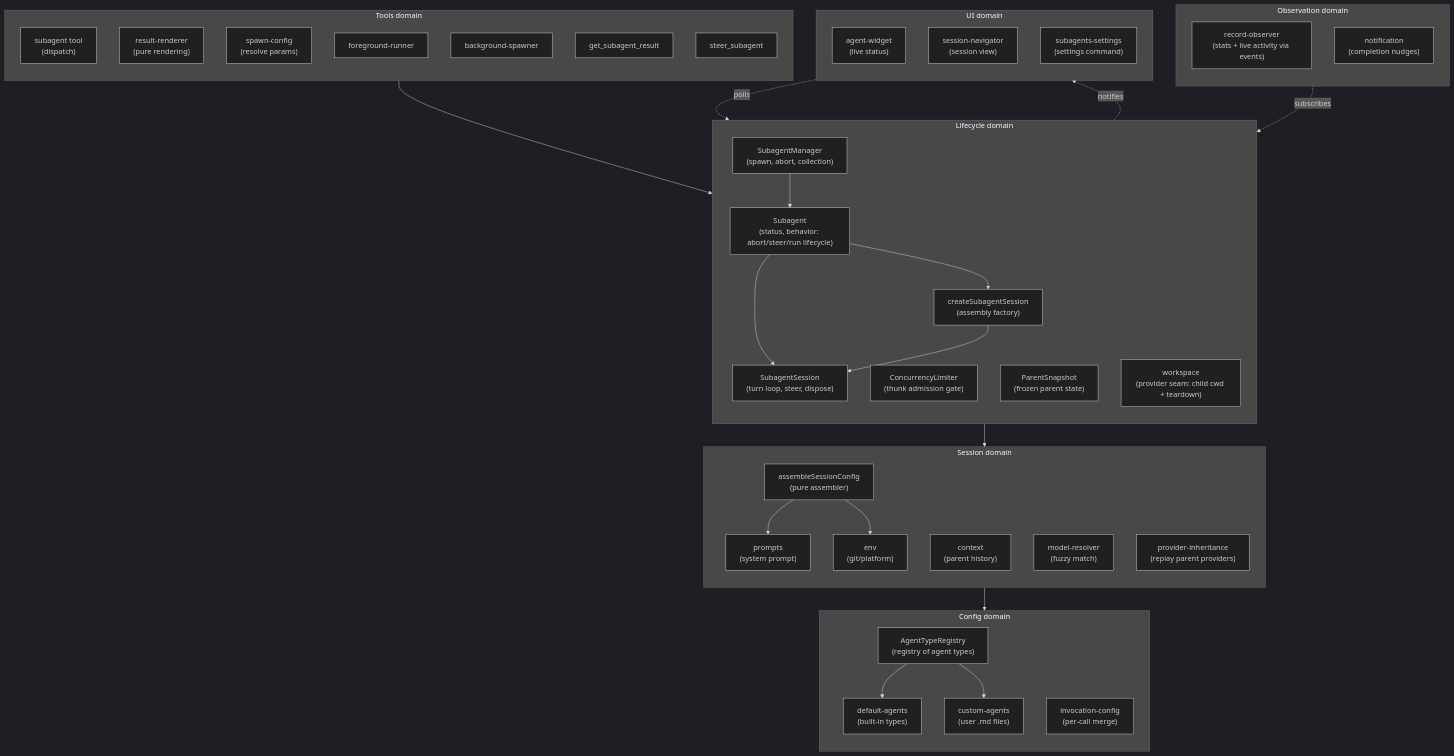
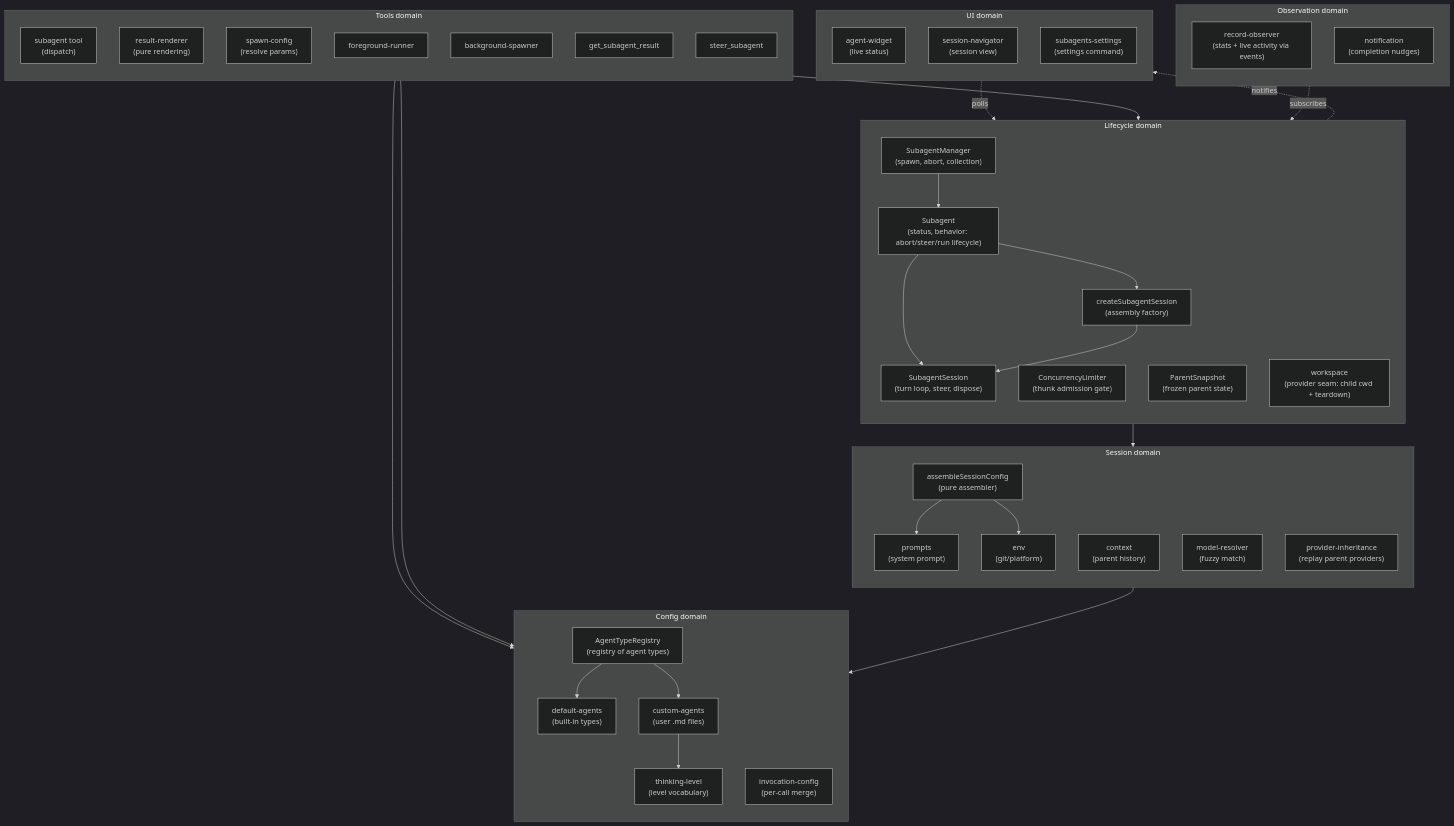
Before and after one commit to gotgenes/pi-packages: the first of 6 diagrams in packages/pi-subagents/docs/architecture/architecture.md, drawn with Mermaid (dark theme). The commit also changed other lines of this file and 3 other files, not shown here.

````diff
--- a/packages/pi-subagents/docs/architecture/architecture.md
+++ b/packages/pi-subagents/docs/architecture/architecture.md
@@ -67,67 +67,70 @@
 ```mermaid
 flowchart TB
     subgraph config["Config domain"]
         direction TB
         AgentTypeRegistry["AgentTypeRegistry<br/>(registry of agent types)"]
         DefaultAgents["default-agents<br/>(built-in types)"]
         CustomAgents["custom-agents<br/>(user .md files)"]
         InvocationConfig["invocation-config<br/>(per-call merge)"]
+        ThinkingLevelModule["thinking-level<br/>(level vocabulary)"]
     end
 
     subgraph session["Session domain"]
         direction TB
         SessionConfig["assembleSessionConfig<br/>(pure assembler)"]
         Prompts["prompts<br/>(system prompt)"]
         Context["context<br/>(parent history)"]
         Env["env<br/>(git/platform)"]
         ModelResolver["model-resolver<br/>(fuzzy match)"]
         ProviderInheritance["provider-inheritance<br/>(replay parent providers)"]
     end
 
     subgraph lifecycle["Lifecycle domain"]
         direction TB
         SubagentManager["SubagentManager<br/>(spawn, abort, collection)"]
         ConcurrencyLimiter["ConcurrencyLimiter<br/>(thunk admission gate)"]
         CreateSubagentSession["createSubagentSession<br/>(assembly factory)"]
         SubagentSession["SubagentSession<br/>(turn loop, steer, dispose)"]
         Subagent["Subagent<br/>(status, behavior: abort/steer/run lifecycle)"]
         ParentSnapshot["ParentSnapshot<br/>(frozen parent state)"]
         Workspace["workspace<br/>(provider seam: child cwd + teardown)"]
     end
 
     subgraph observation["Observation domain"]
         direction TB
         RecordObserver["record-observer<br/>(stats + live activity via events)"]
         Notification["notification<br/>(completion nudges)"]
     end
 
     subgraph tools["Tools domain"]
         direction TB
         AgentTool["subagent tool<br/>(dispatch)"]
         ResultRenderer["result-renderer<br/>(pure rendering)"]
         SpawnConfig["spawn-config<br/>(resolve params)"]
         FgRunner["foreground-runner"]
         BgSpawner["background-spawner"]
         GetResult["get_subagent_result"]
         Steer["steer_subagent"]
     end
 
     subgraph ui["UI domain"]
         direction TB
         Widget["agent-widget<br/>(live status)"]
         Sessions["session-navigator<br/>(session view)"]
         Settings["subagents-settings<br/>(settings command)"]
     end
 
     AgentTool --> SubagentManager
     SubagentManager --> Subagent
     Subagent --> CreateSubagentSession & SubagentSession
     CreateSubagentSession --> SubagentSession
     CreateSubagentSession --> SessionConfig
     SessionConfig --> AgentTypeRegistry
     SessionConfig --> Prompts & Env
     AgentTypeRegistry --> DefaultAgents & CustomAgents
+    SpawnConfig --> InvocationConfig & ThinkingLevelModule
+    CustomAgents --> ThinkingLevelModule
     RecordObserver -.->|subscribes| SubagentSession
     Widget -.->|polls| SubagentManager
     SubagentManager -.->|notifies| Widget
 ```
````
